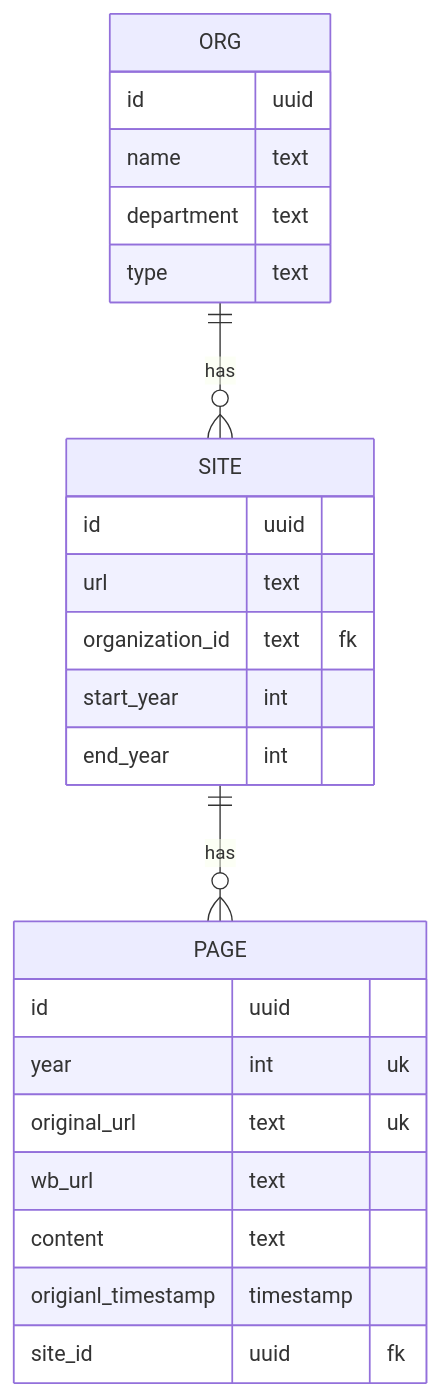
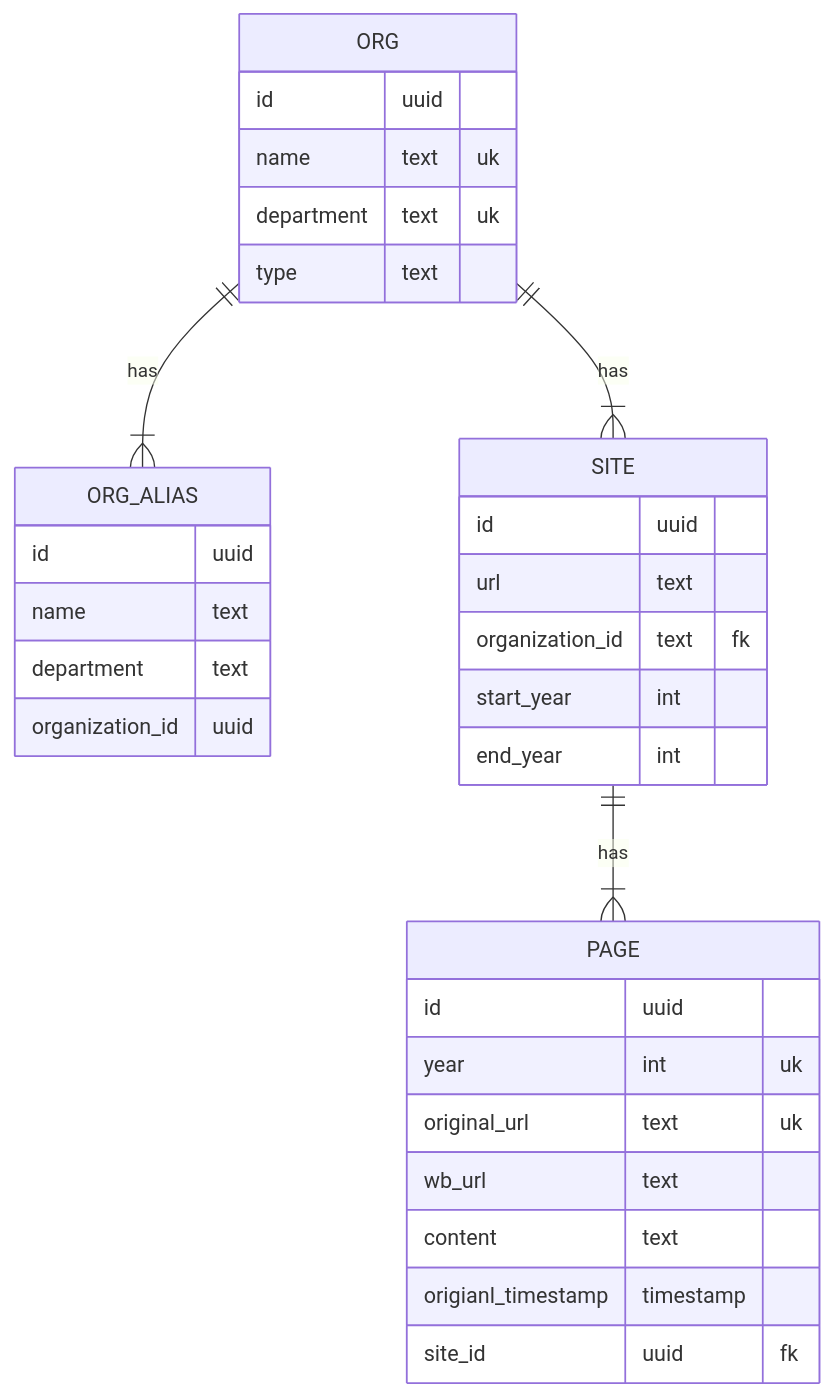
Before and after one commit to MrDiggles2/cru-scrape: the diagram in README.md, drawn with Mermaid. The commit also changed 7 other files, not shown here.

````diff
--- a/README.md
+++ b/README.md
@@ -58,30 +58,38 @@
 ```mermaid
 erDiagram
   ORG {
     id uuid
-    name text
-    department text
+    name text uk
+    department text uk
     type text
+  }
+  
+  ORG_ALIAS {
+  	id uuid
+  	name text
+		department text
+		organization_id uuid
   }
 
   SITE {
     id uuid
     url text
     organization_id text fk
     start_year int
     end_year int
   }
 
   PAGE {
     id uuid
     year int uk
     original_url text uk
     wb_url text
     content text
     origianl_timestamp timestamp
     site_id uuid fk
   }
   
-  ORG ||--o{ SITE: has
-  SITE ||--o{ PAGE: has
+  ORG ||--|{ SITE: has
+  ORG ||--|{ ORG_ALIAS: has
+  SITE ||--|{ PAGE: has
 ```
````
